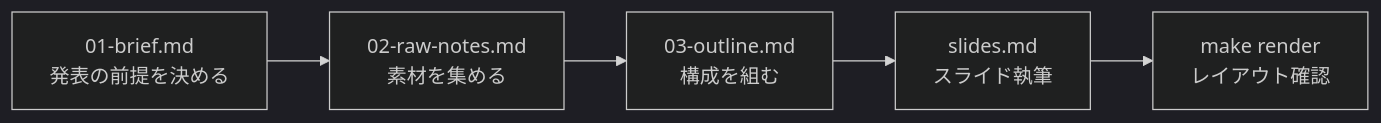
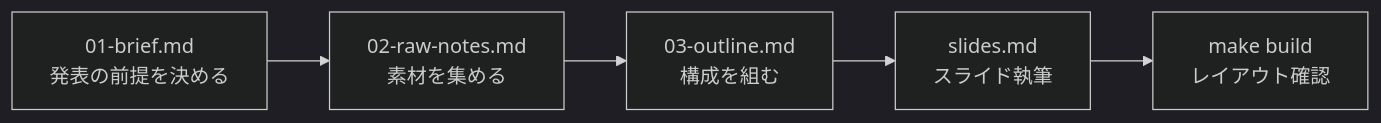
Before and after one commit to RateteDev/slide-generate: the diagram in CLAUDE.md, drawn with Mermaid (dark theme). The commit also changed other lines of this file and 2 other files, not shown here.

Commit message:
Rename slide make targets

````diff
--- a/CLAUDE.md
+++ b/CLAUDE.md
@@ -17,7 +17,7 @@
 ```mermaid
 flowchart LR
     A[01-brief.md<br>発表の前提を決める] --> B[02-raw-notes.md<br>素材を集める]
     B --> C[03-outline.md<br>構成を組む]
     C --> D[slides.md<br>スライド執筆]
-    D --> E[make render<br>レイアウト確認]
+    D --> E[make build<br>レイアウト確認]
 ```
````
